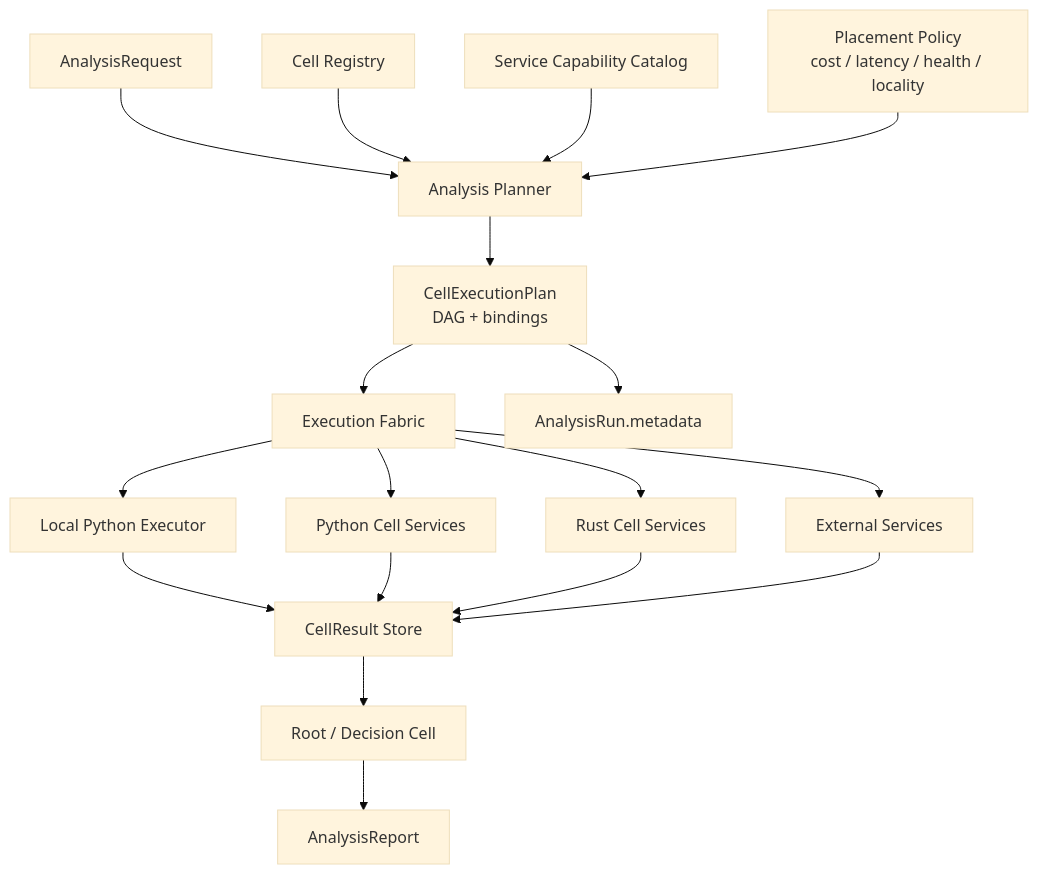
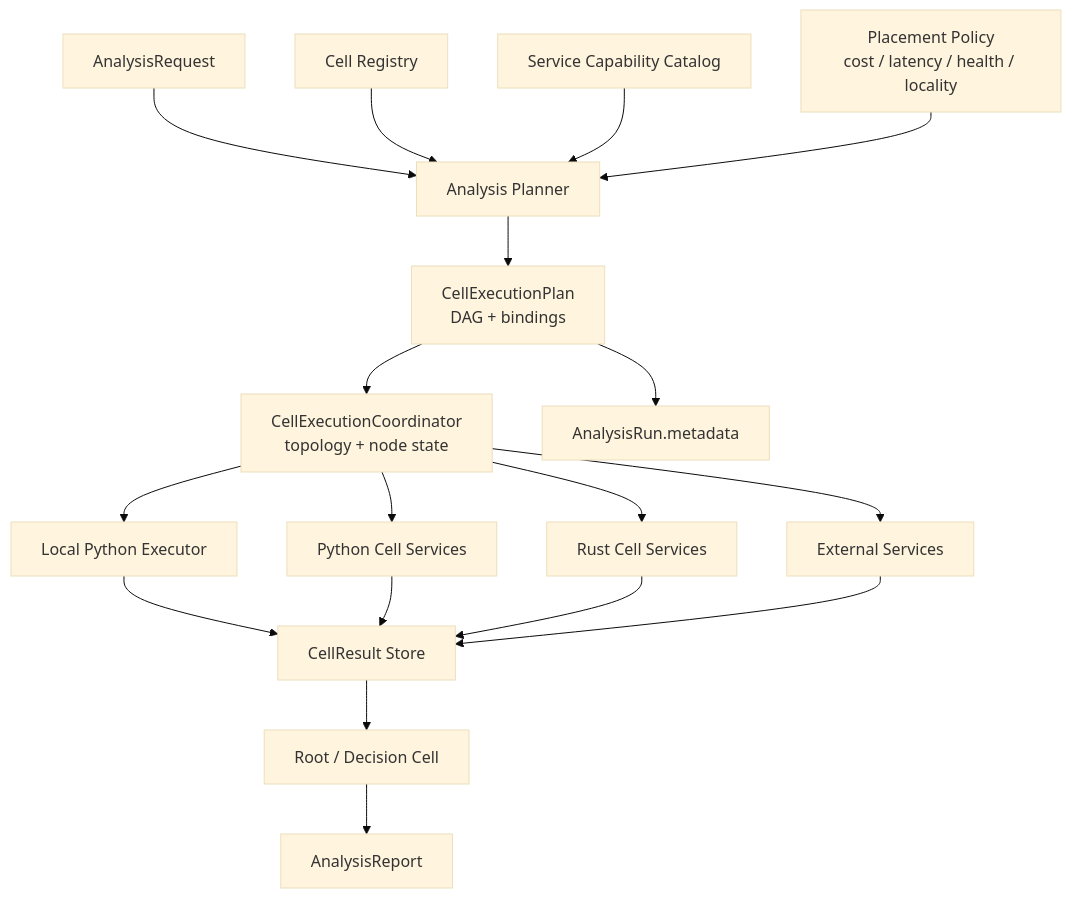
One commit to ModWU/market-cell changed the first of 3 diagrams in docs/cell_execution_fabric.md. Above: the diagram before and after it, drawn with Mermaid (base theme). The commit also changed other lines of this file and 24 other files, not shown here.

Commit message:
Add plan-driven local coordinator

````diff
--- a/docs/cell_execution_fabric.md
+++ b/docs/cell_execution_fabric.md
@@ -52,24 +52,24 @@
 ```mermaid
 flowchart TB
     Request["AnalysisRequest"] --> Planner["Analysis Planner"]
     Registry["Cell Registry"] --> Planner
     Catalog["Service Capability Catalog"] --> Planner
     Policy["Placement Policy<br/>cost / latency / health / locality"] --> Planner
 
     Planner --> Plan["CellExecutionPlan<br/>DAG + bindings"]
-    Plan --> Executor["Execution Fabric"]
+    Plan --> Coordinator["CellExecutionCoordinator<br/>topology + node state"]
 
-    Executor --> Local["Local Python Executor"]
-    Executor --> PySvc["Python Cell Services"]
-    Executor --> RustSvc["Rust Cell Services"]
-    Executor --> ExtSvc["External Services"]
+    Coordinator --> Local["Local Python Executor"]
+    Coordinator --> PySvc["Python Cell Services"]
+    Coordinator --> RustSvc["Rust Cell Services"]
+    Coordinator --> ExtSvc["External Services"]
 
     Local --> Results["CellResult Store"]
     PySvc --> Results
     RustSvc --> Results
     ExtSvc --> Results
 
     Results --> Root["Root / Decision Cell"]
     Root --> Report["AnalysisReport"]
     Plan --> Run["AnalysisRun.metadata"]
 ```
````
